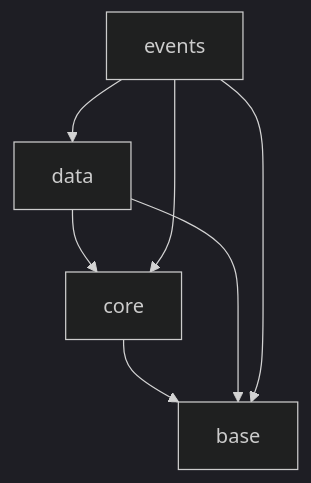
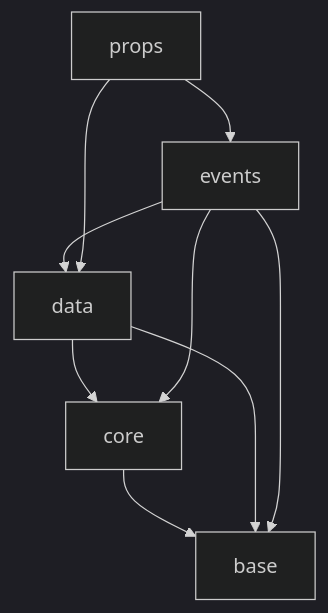
One commit to gznnk/json-draw-prealpha changed the diagram in src/features/svg-canvas/MODULE_DEPENDENCY_RULES.md. Above: the diagram before and after it, drawn with Mermaid (dark theme). The commit also changed other lines of this file and 32 other files, not shown here.

````diff
--- a/src/features/svg-canvas/MODULE_DEPENDENCY_RULES.md
+++ b/src/features/svg-canvas/MODULE_DEPENDENCY_RULES.md
@@ -11,9 +11,11 @@
 ```mermaid
 graph TD
     core --> base
     data --> base
     data --> core
     events --> base
     events --> core
     events --> data
+    props --> data
+    props --> events
 ```
````
